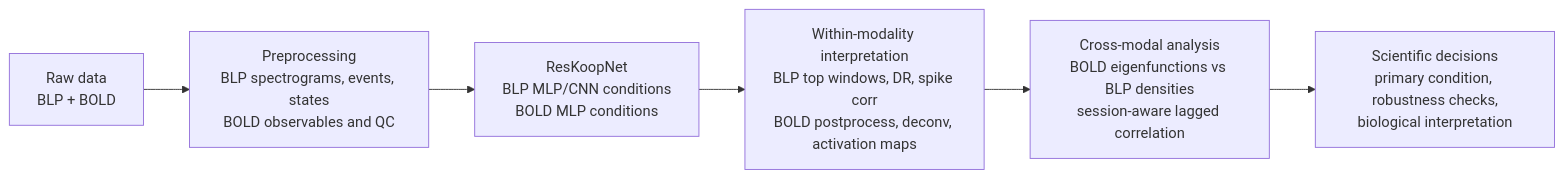
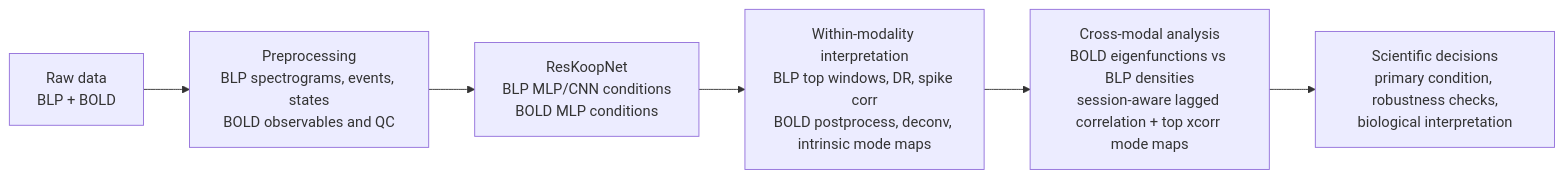
The second of 2 diagrams in docs/analysis_framework_pipeline_overview.md (KaidiShao/LFP_BOLD_kpm_polished), drawn with Mermaid before and after one commit. The commit also changed other lines of this file and 319 other files, not shown here.

````diff
--- a/docs/analysis_framework_pipeline_overview.md
+++ b/docs/analysis_framework_pipeline_overview.md
@@ -121,8 +124,8 @@
 ```mermaid
 flowchart LR
     A["Raw data<br/>BLP + BOLD"] --> B["Preprocessing<br/>BLP spectrograms, events, states<br/>BOLD observables and QC"]
     B --> C["ResKoopNet<br/>BLP MLP/CNN conditions<br/>BOLD MLP conditions"]
-    C --> D["Within-modality interpretation<br/>BLP top windows, DR, spike corr<br/>BOLD postprocess, deconv, activation maps"]
-    D --> E["Cross-modal analysis<br/>BOLD eigenfunctions vs BLP densities<br/>session-aware lagged correlation"]
+    C --> D["Within-modality interpretation<br/>BLP top windows, DR, spike corr<br/>BOLD postprocess, deconv, intrinsic mode maps"]
+    D --> E["Cross-modal analysis<br/>BOLD eigenfunctions vs BLP densities<br/>session-aware lagged correlation + top xcorr mode maps"]
     E --> F["Scientific decisions<br/>primary condition, robustness checks,<br/>biological interpretation"]
 ```
````
